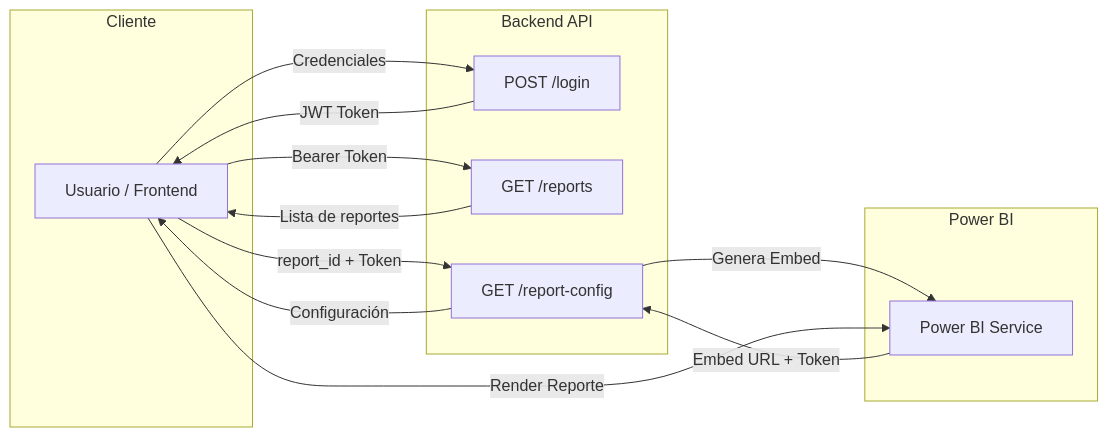
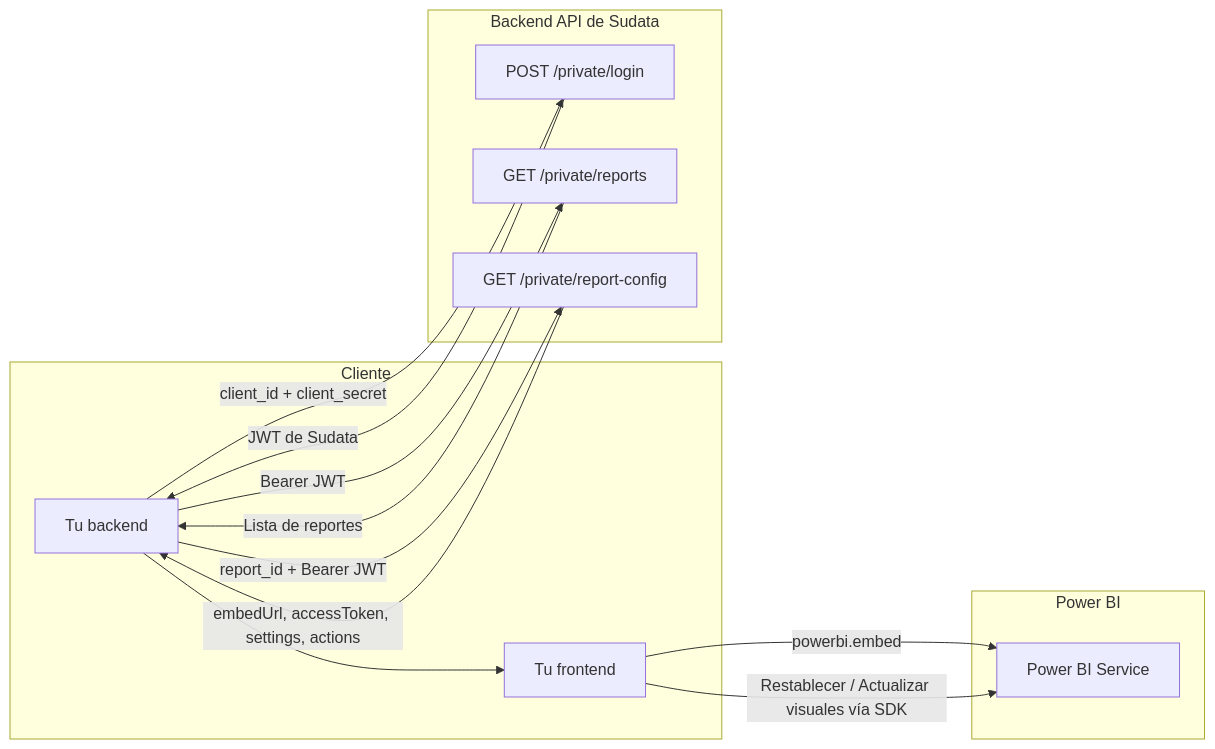
The diagram in README.md (gonzalocandia92/sudata-mw-report-render-example), drawn with Mermaid before and after one commit. The commit also changed other lines of this file and 5 other files, not shown here.

First line of the commit message:
docs: integration guide for the private API, API test script and report actions

````diff
--- a/README.md
+++ b/README.md
@@ -9,34 +41,28 @@
 ```mermaid
 flowchart LR
 
-    %% --- CLIENTE ---
     subgraph Cliente
-        UI[Usuario / Frontend]
+        UI[Tu frontend]
+        BE[Tu backend]
     end
 
-    %% --- API ---
-    subgraph Backend API
-        LOGIN[POST /login]
-        REPORTS[GET /reports]
-        CONFIG[GET /report-config]
+    subgraph Backend API de Sudata
+        LOGIN[POST /private/login]
+        REPORTS[GET /private/reports]
+        CONFIG[GET /private/report-config]
     end
 
-    %% --- SERVICIOS ---
     subgraph Power BI
         PBI[Power BI Service]
     end
 
-    %% --- FLUJO ---
-    UI -->|Credenciales| LOGIN
-    LOGIN -->|JWT Token| UI
-
-    UI -->|Bearer Token| REPORTS
-    REPORTS -->|Lista de reportes| UI
-
-    UI -->|report_id + Token| CONFIG
-    CONFIG -->|Genera Embed| PBI
-    PBI -->|Embed URL + Token| CONFIG
-    CONFIG -->|Configuración| UI
-
-    UI -->|Render Reporte| PBI
+    BE -->|client_id + client_secret| LOGIN
+    LOGIN -->|JWT de Sudata| BE
+    BE -->|Bearer JWT| REPORTS
+    REPORTS -->|Lista de reportes| BE
+    BE -->|report_id + Bearer JWT| CONFIG
+    CONFIG -->|embedUrl, accessToken, settings, actions| BE
+    BE --> UI
+    UI -->|powerbi.embed| PBI
+    UI -->|Restablecer / Actualizar visuales vía SDK| PBI
 ```
````
